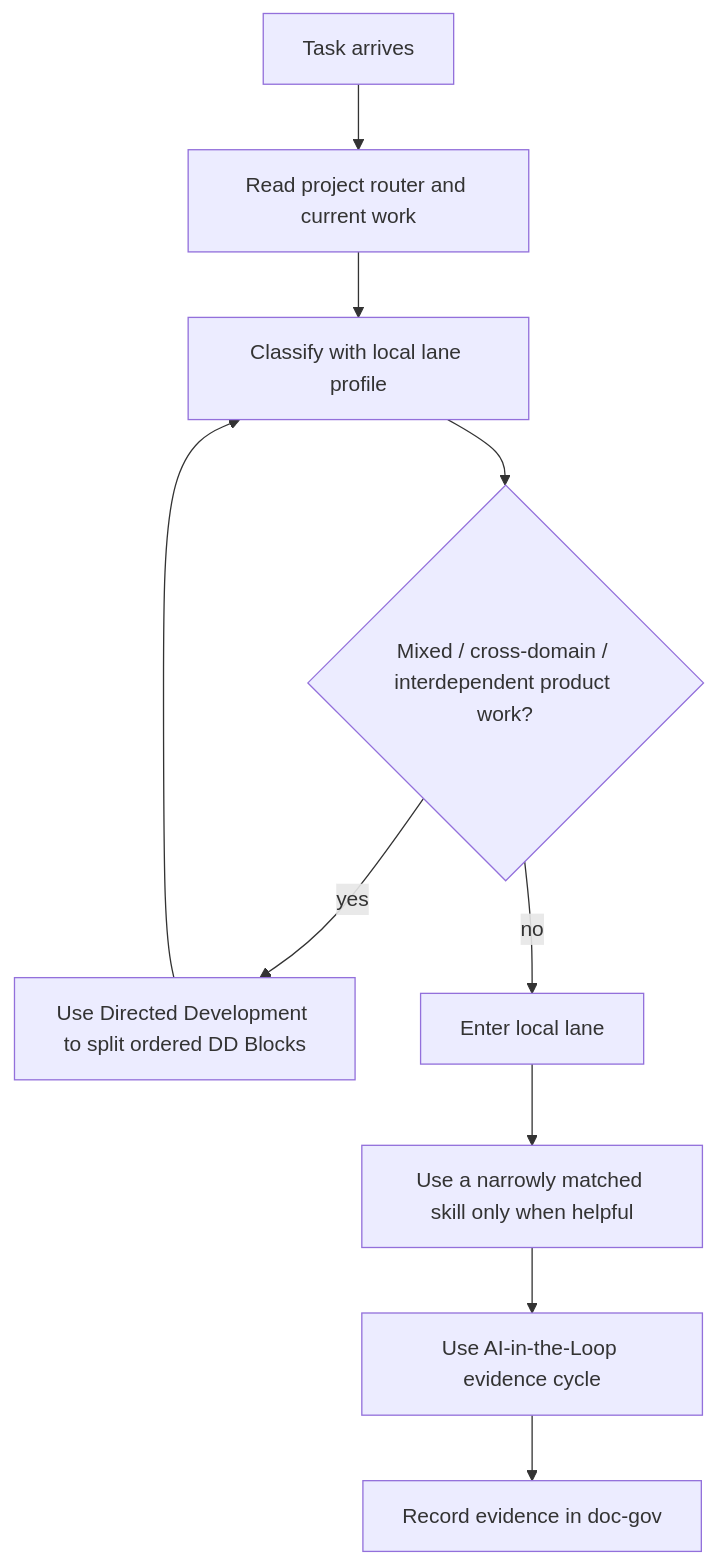
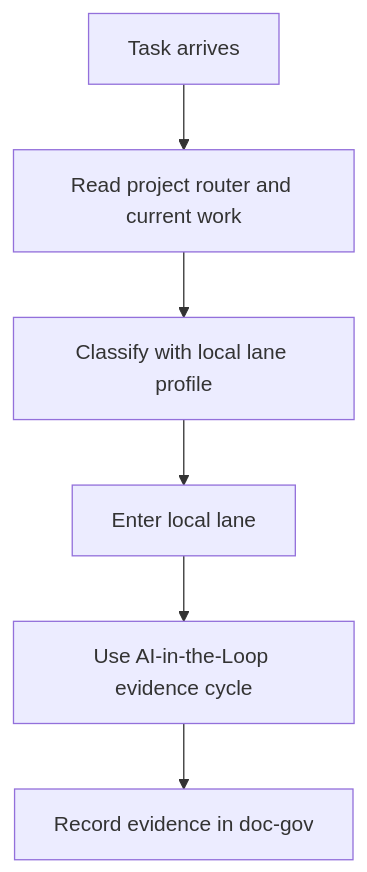
Before and after one commit to PieAIStudio/SupaLuv: the diagram in docs/governance/agents-routing/engineering-runtime-v0.9.md, drawn with Mermaid. The commit also changed other lines of this file and 20 other files, not shown here.

````diff
--- a/docs/governance/agents-routing/engineering-runtime-v0.9.md
+++ b/docs/governance/agents-routing/engineering-runtime-v0.9.md
@@ -31,12 +31,8 @@
 ```mermaid
 flowchart TD
   A["Task arrives"] --> B["Read project router and current work"]
   B --> C["Classify with local lane profile"]
-  C --> D{"Mixed / cross-domain / interdependent product work?"}
-  D -- "yes" --> E["Use Directed Development to split ordered DD Blocks"]
-  E --> C
-  D -- "no" --> F["Enter local lane"]
-  F --> G["Use a narrowly matched skill only when helpful"]
-  G --> H["Use AI-in-the-Loop evidence cycle"]
+  C --> F["Enter local lane"]
+  F --> H["Use AI-in-the-Loop evidence cycle"]
   H --> I["Record evidence in doc-gov"]
 ```
````
